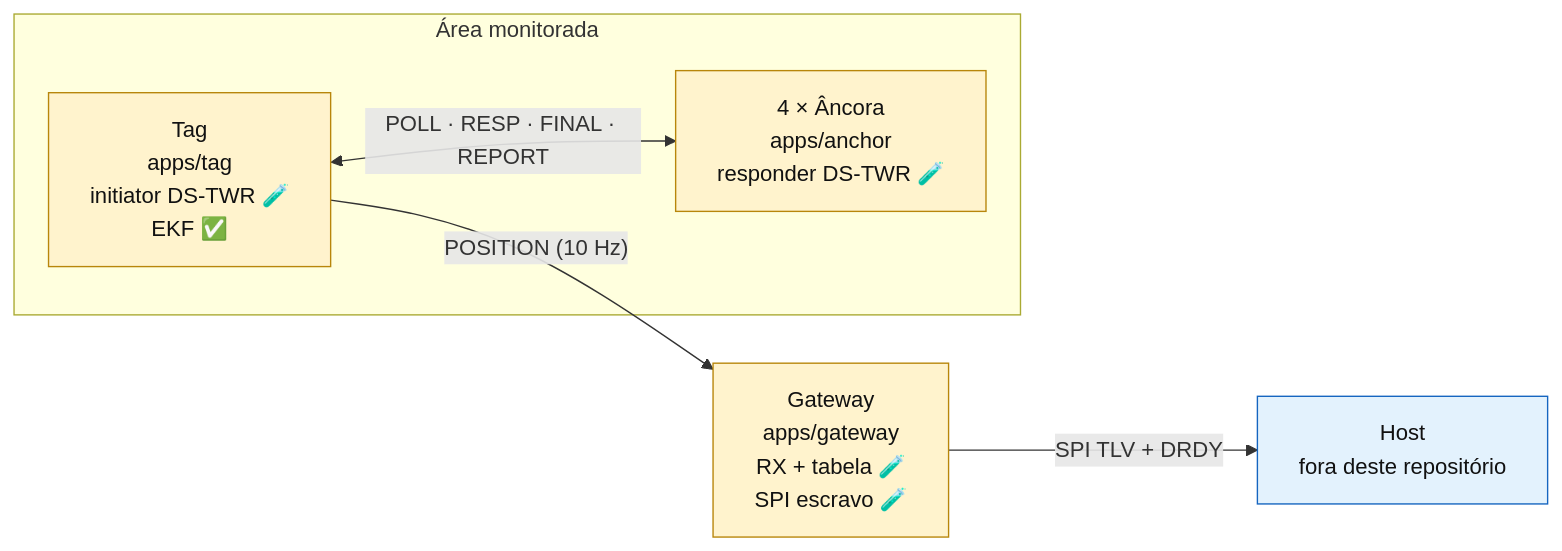
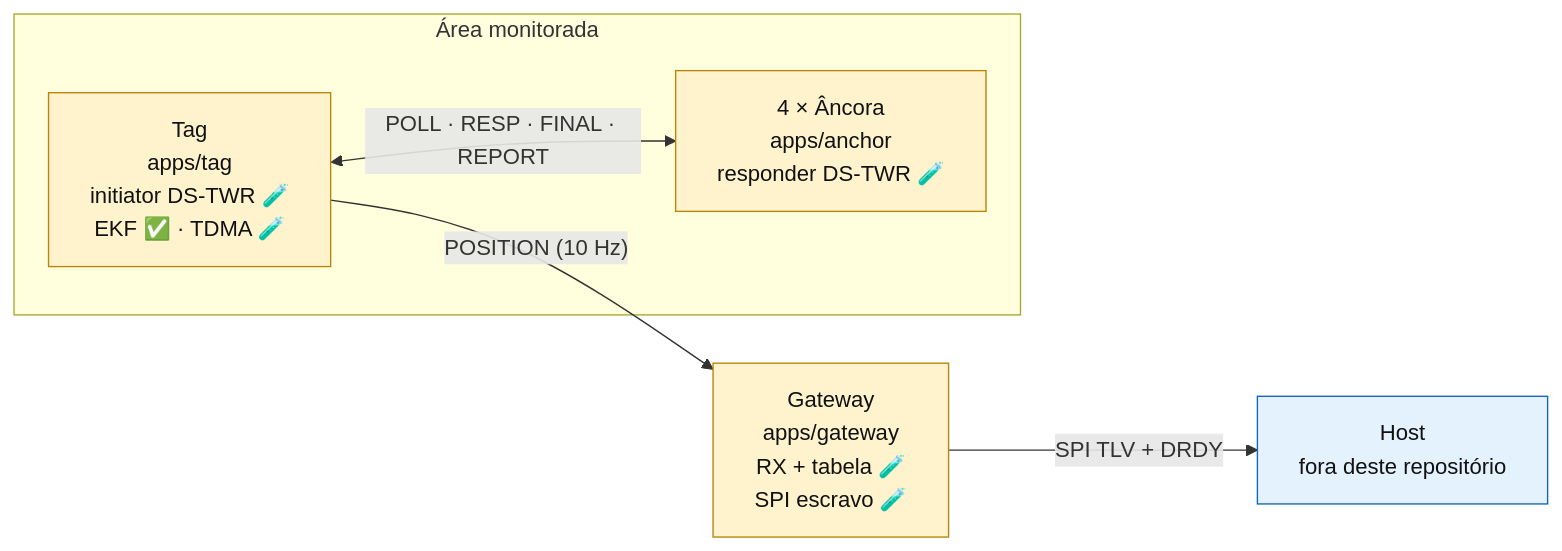
One commit to MauroTony/dwm1001-rtls-fw changed the first of 16 diagrams in docs/09-guia-do-codigo.md. Above: the diagram before and after it, drawn with Mermaid. The commit also changed other lines of this file and 5 other files, not shown here.

````diff
--- a/docs/09-guia-do-codigo.md
+++ b/docs/09-guia-do-codigo.md
@@ -35,14 +35,14 @@
 ```mermaid
 flowchart LR
     subgraph area["Área monitorada"]
         A["4 × Âncora<br/>apps/anchor<br/>responder DS-TWR 🧪"]:::bench
-        T["Tag<br/>apps/tag<br/>initiator DS-TWR 🧪<br/>EKF ✅"]:::bench
+        T["Tag<br/>apps/tag<br/>initiator DS-TWR 🧪<br/>EKF ✅ · TDMA 🧪"]:::bench
     end
     G["Gateway<br/>apps/gateway<br/>RX + tabela 🧪<br/>SPI escravo 🧪"]:::bench
     H["Host<br/>fora deste repositório"]:::ext
     T <-- "POLL · RESP · FINAL · REPORT" --> A
     T -- "POSITION (10 Hz)" --> G
     G -- "SPI TLV + DRDY" --> H
     classDef bench fill:#fff3cd,stroke:#b8860b,color:#111
     classDef ext fill:#e3f2fd,stroke:#1565c0,color:#111
 ```
````
